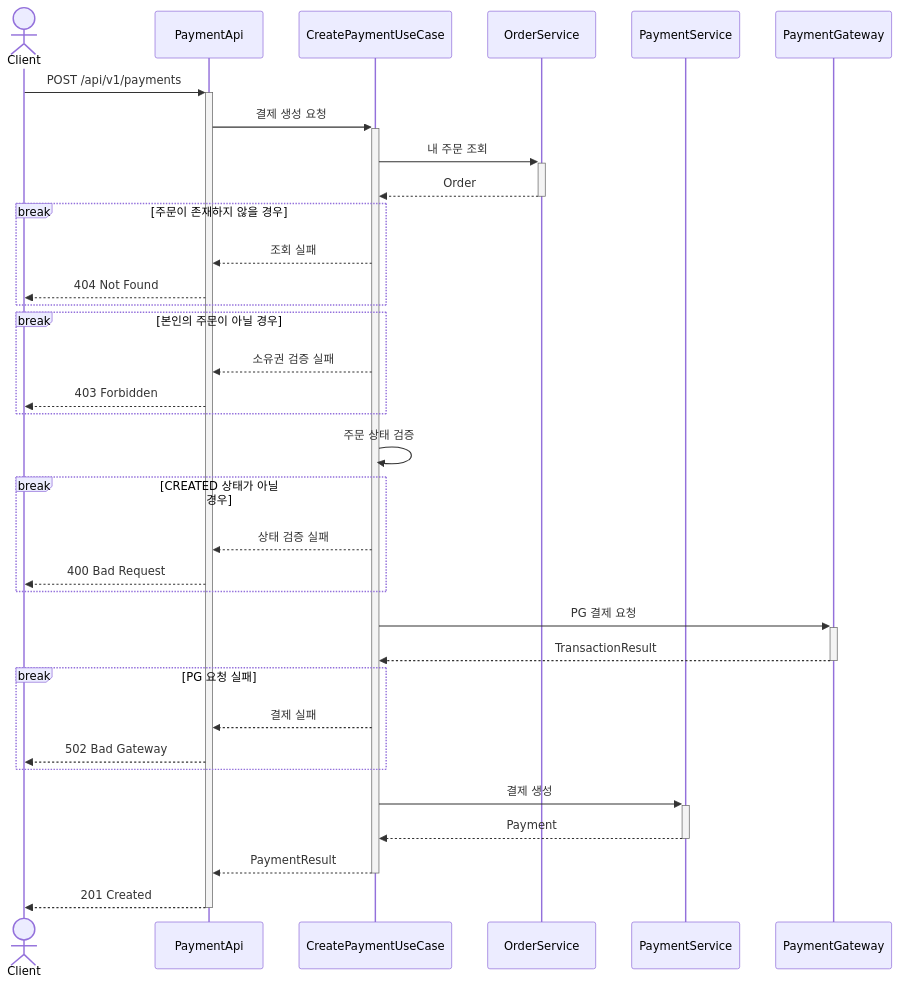
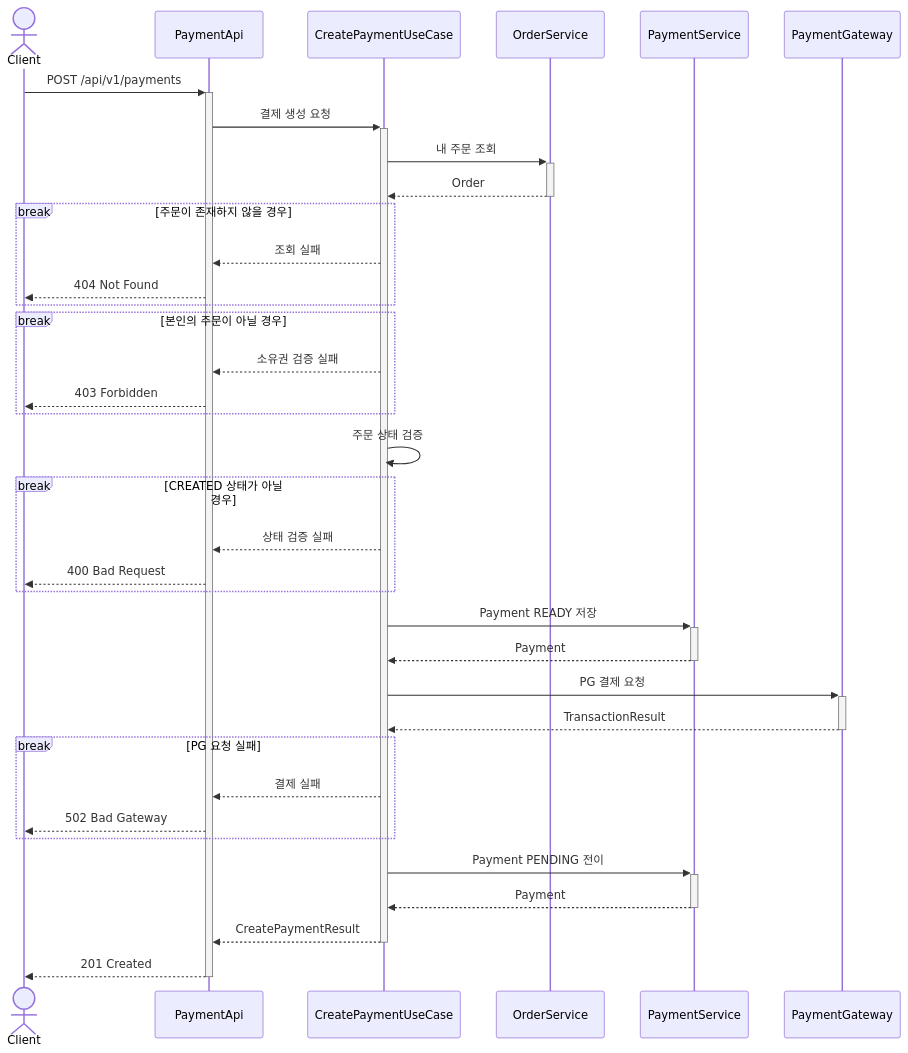
One commit to Loopers-dev-lab/loop-pack-be-l2-vol3-java changed diagram 32 of 33 in .docs/design/02-sequence-diagrams.md. Above: the diagram before and after it, drawn with Mermaid. The commit also changed other lines of this file and 1 other file, not shown here.

Commit message:
docs: 결제 시퀀스 다이어그램 현행화 및 상태 머신 다이어그램 추가

````diff
--- a/.docs/design/02-sequence-diagrams.md
+++ b/.docs/design/02-sequence-diagrams.md
@@ -1072,46 +1072,49 @@
 ```mermaid
 sequenceDiagram
     actor Client
     participant PaymentApi
     participant CreatePaymentUseCase
     participant OrderService
     participant PaymentService
     participant PaymentGateway
 
     Client ->>+ PaymentApi: POST /api/v1/payments
     PaymentApi ->>+ CreatePaymentUseCase: 결제 생성 요청
 
     CreatePaymentUseCase ->>+ OrderService: 내 주문 조회
     OrderService -->>- CreatePaymentUseCase: Order
 
     break 주문이 존재하지 않을 경우
         CreatePaymentUseCase -->> PaymentApi: 조회 실패
         PaymentApi -->> Client: 404 Not Found
     end
 
     break 본인의 주문이 아닐 경우
         CreatePaymentUseCase -->> PaymentApi: 소유권 검증 실패
         PaymentApi -->> Client: 403 Forbidden
     end
 
     CreatePaymentUseCase ->> CreatePaymentUseCase: 주문 상태 검증
 
     break CREATED 상태가 아닐 경우
         CreatePaymentUseCase -->> PaymentApi: 상태 검증 실패
         PaymentApi -->> Client: 400 Bad Request
     end
 
+    CreatePaymentUseCase ->>+ PaymentService: Payment READY 저장
+    PaymentService -->>- CreatePaymentUseCase: Payment
+
     CreatePaymentUseCase ->>+ PaymentGateway: PG 결제 요청
     PaymentGateway -->>- CreatePaymentUseCase: TransactionResult
 
     break PG 요청 실패
         CreatePaymentUseCase -->> PaymentApi: 결제 실패
         PaymentApi -->> Client: 502 Bad Gateway
     end
 
-    CreatePaymentUseCase ->>+ PaymentService: 결제 생성
+    CreatePaymentUseCase ->>+ PaymentService: Payment PENDING 전이
     PaymentService -->>- CreatePaymentUseCase: Payment
 
-    CreatePaymentUseCase -->>- PaymentApi: PaymentResult
+    CreatePaymentUseCase -->>- PaymentApi: CreatePaymentResult
     PaymentApi -->>- Client: 201 Created
 ```
````
